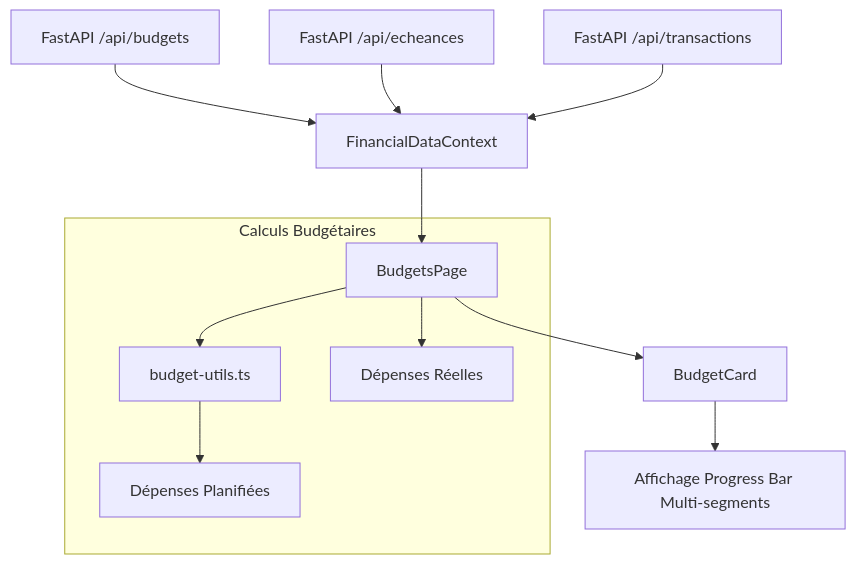
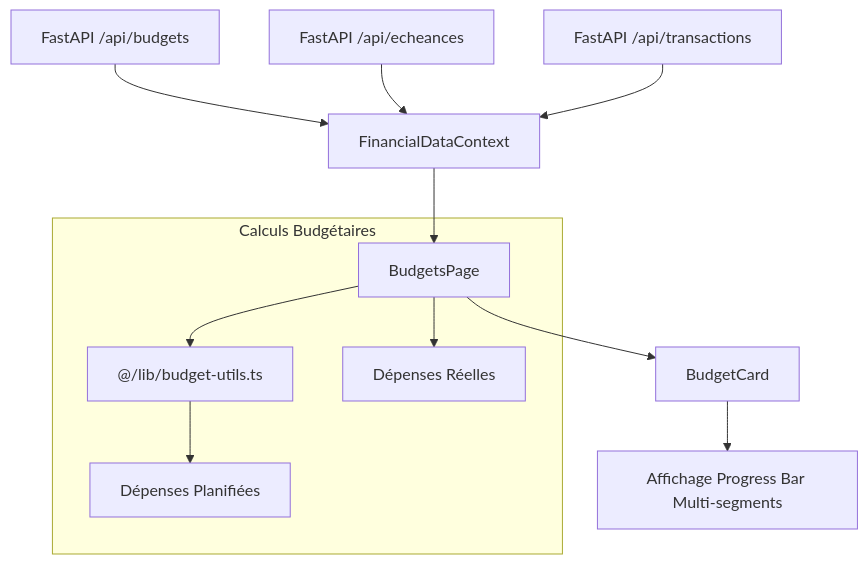
The diagram in frontend/src/app/budgets/LOGIC_FLOW.md (mdjabi2005-commits/gestio-feature), drawn with Mermaid before and after one commit. The commit also changed 43 other files, not shown here.

````diff
--- a/frontend/src/app/budgets/LOGIC_FLOW.md
+++ b/frontend/src/app/budgets/LOGIC_FLOW.md
@@ -7,17 +7,17 @@
 ```mermaid
 graph TD
     API[FastAPI /api/budgets] --> Context[FinancialDataContext]
     ECH[FastAPI /api/echeances] --> Context
     TXS[FastAPI /api/transactions] --> Context
     
     Context --> Page[BudgetsPage]
     
     subgraph Calculs Budgétaires
-        Page --> Utils[budget-utils.ts]
+        Page --> Utils["@/lib/budget-utils.ts"]
         Utils --> Planned[Dépenses Planifiées]
         Page --> Actual[Dépenses Réelles]
     end
     
     Page --> Card[BudgetCard]
     Card --> UI[Affichage Progress Bar Multi-segments]
 ```
````
